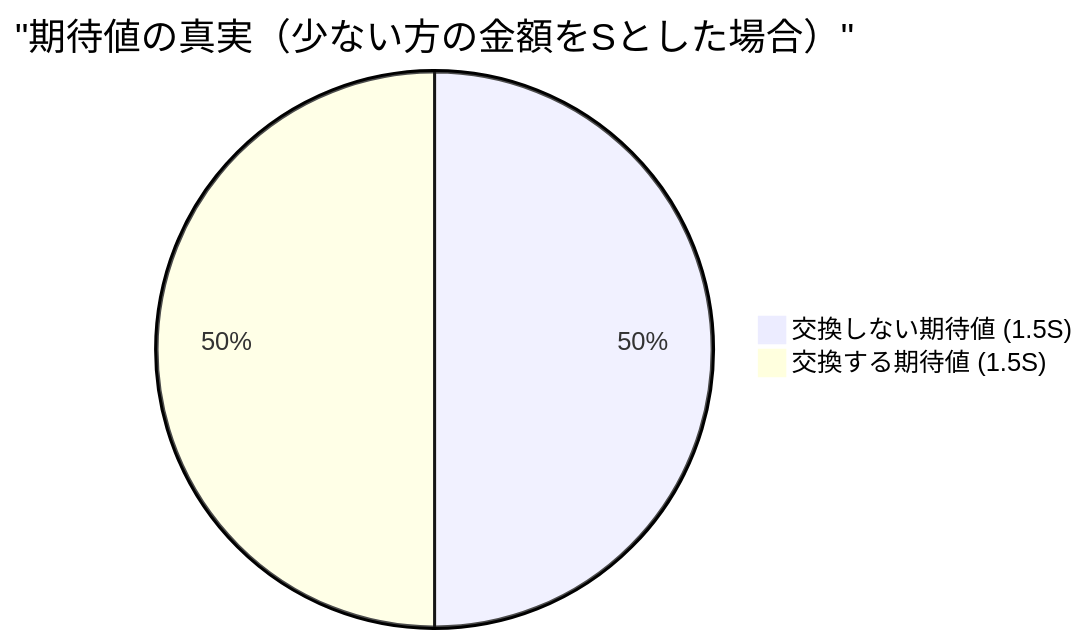
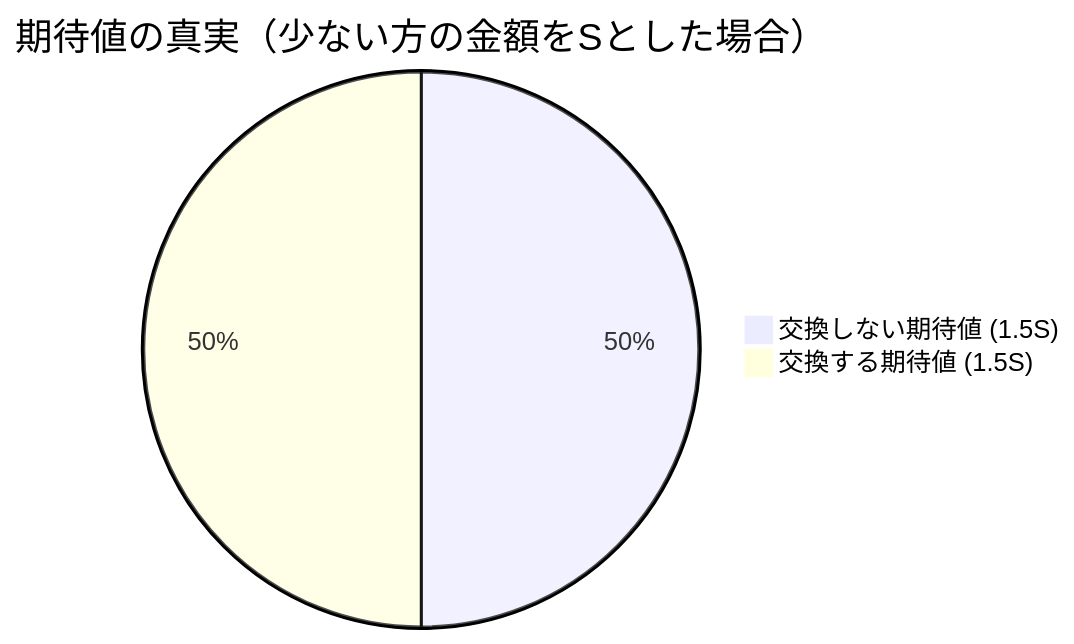
Before and after one commit to kenjinote/blog: the second of 2 diagrams in content/post/2つの封筒のパラドックス/index.md, drawn with Mermaid. The commit also changed other lines of this file and 703 other files, not shown here.

Commit message:
Fix: Remove quotes from Mermaid link texts and timeline definitions to support Mermaid 11.4.1

````diff
--- a/content/post/2つの封筒のパラドックス/index.md
+++ b/content/post/2つの封筒のパラドックス/index.md
@@ -113,5 +113,5 @@
 ```mermaid
-pie title "期待値の真実（少ない方の金額をSとした場合）"
+pie title 期待値の真実（少ない方の金額をSとした場合）
     "交換しない期待値 (1.5S)" : 50
     "交換する期待値 (1.5S)" : 50
 ```
````
